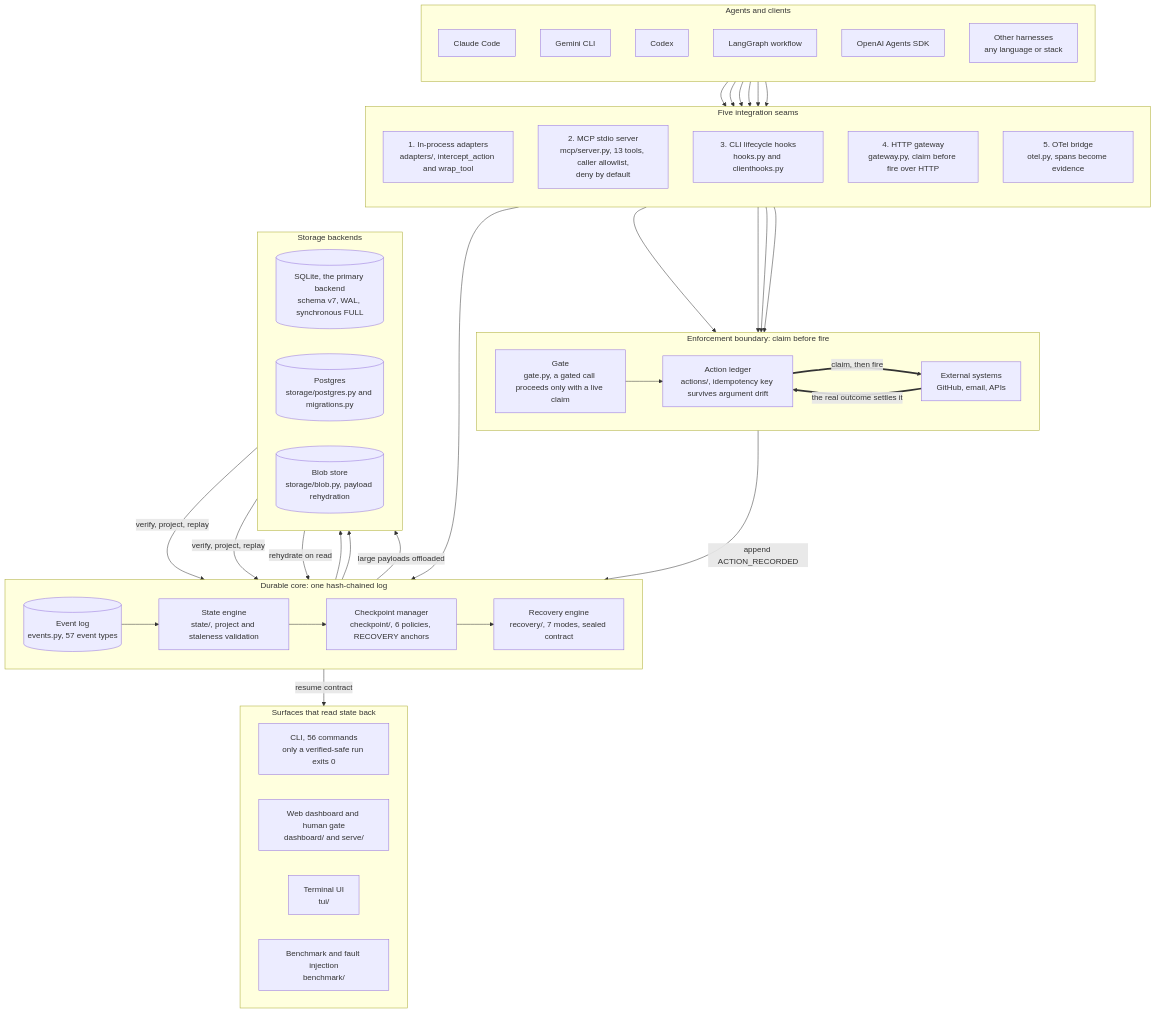
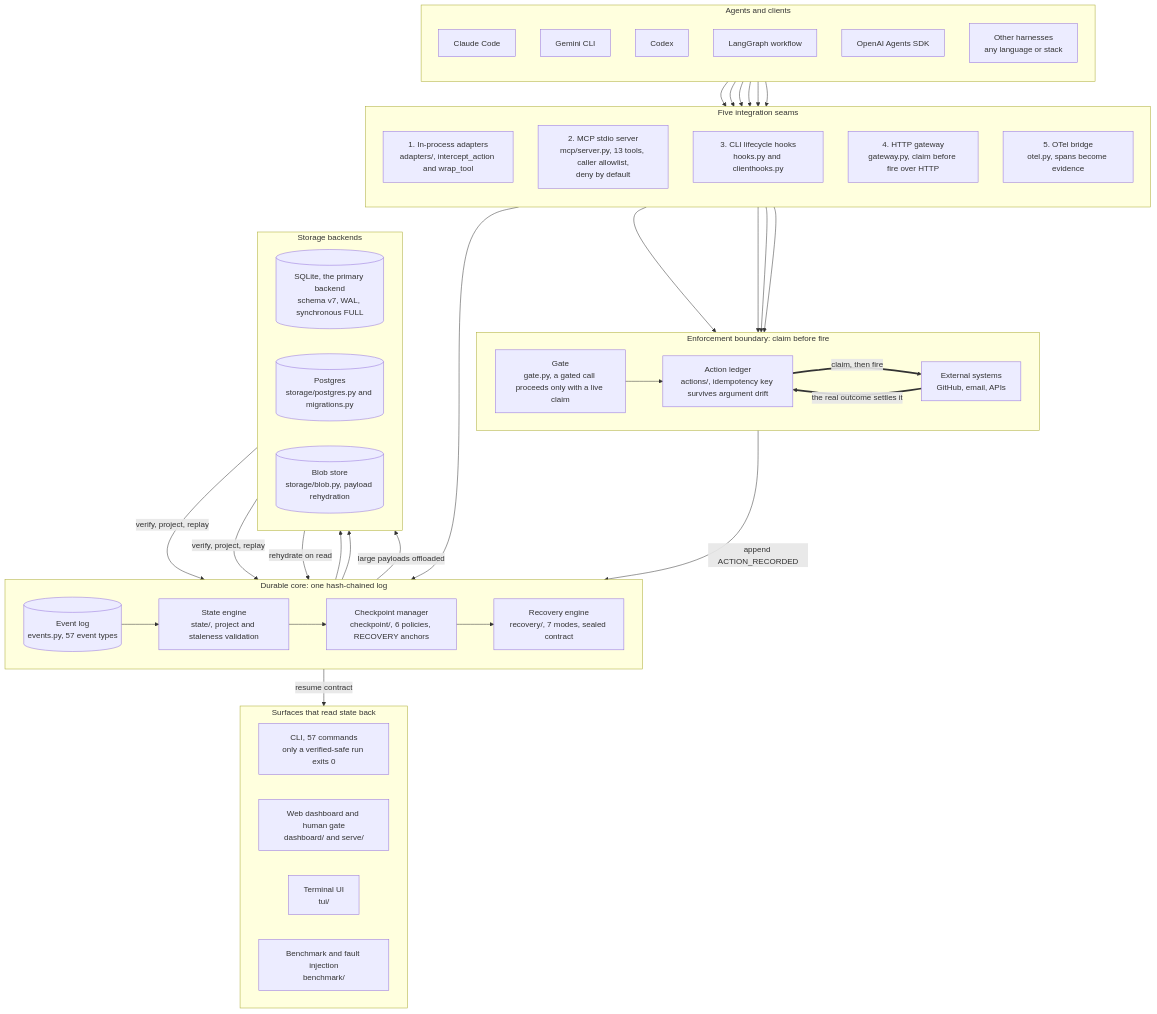
The first of 2 diagrams in docs/diagrams/architecture.md (Cyrax321/CONTINUUM), drawn with Mermaid before and after one commit. The commit also changed other lines of this file and 10 other files, not shown here.

```diff
--- a/docs/diagrams/architecture.md
+++ b/docs/diagrams/architecture.md
@@ -66,7 +66,7 @@
     %% ---------- surfaces ----------
     subgraph surfaces["Surfaces that read state back"]
         direction LR
-        cli["CLI, 56 commands<br/>only a verified-safe run exits 0"]
+        cli["CLI, 57 commands<br/>only a verified-safe run exits 0"]
         dash["Web dashboard and human gate<br/>dashboard/ and serve/"]
         tui["Terminal UI<br/>tui/"]
         bench["Benchmark and fault injection<br/>benchmark/"]
```
